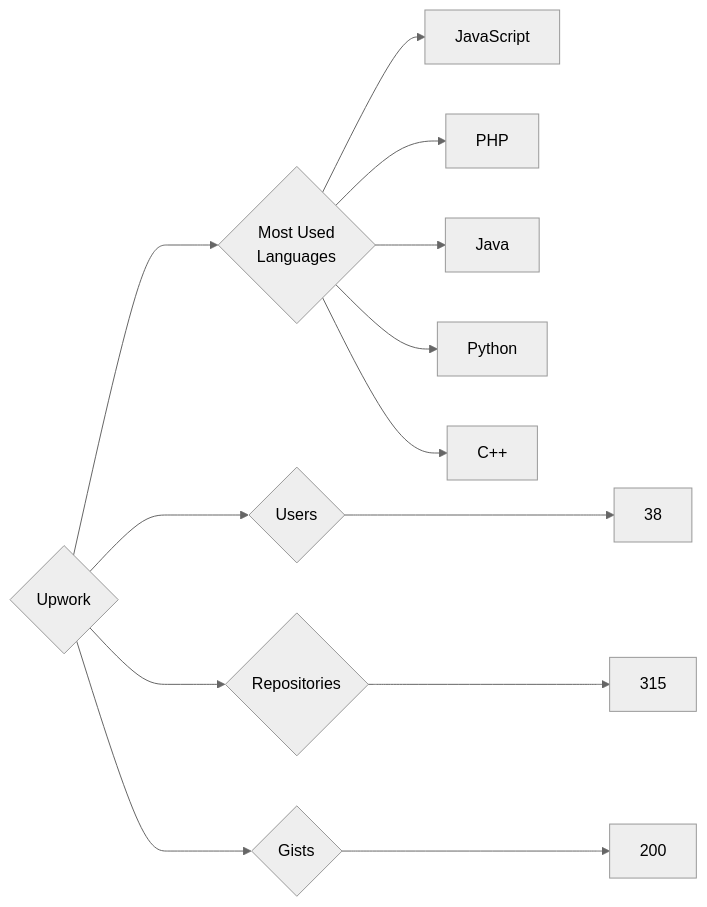
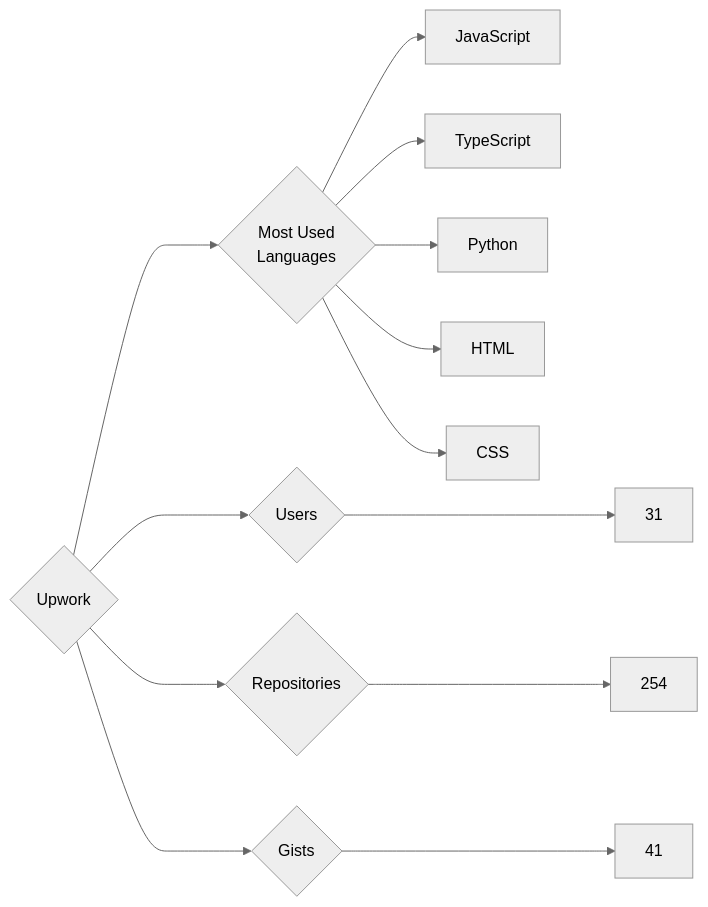
The diagram in targets/Upwork/README.md (trickest/insiders), drawn with Mermaid (neutral theme) before and after one commit. The commit also changed 973 other files, not shown here.

````diff
--- a/targets/Upwork/README.md
+++ b/targets/Upwork/README.md
@@ -3,13 +3,13 @@
 ```mermaid
 graph LR
 COMPANY_NAME{Upwork}
-COMPANY_NAME ---> U{Users} ---> UN[38]
-COMPANY_NAME ---> R{Repositories} ---> RN[315]
-COMPANY_NAME ---> G{Gists} ---> GN[200]
+COMPANY_NAME ---> U{Users} ---> UN[31]
+COMPANY_NAME ---> R{Repositories} ---> RN[254]
+COMPANY_NAME ---> G{Gists} ---> GN[41]
 COMPANY_NAME ---> ML{Most Used<br>Languages}
 ML --> JavaScript[JavaScript]
-ML --> PHP[PHP]
-ML --> Java[Java]
+ML --> TypeScript[TypeScript]
 ML --> Python[Python]
-ML --> C++[C++]
+ML --> HTML[HTML]
+ML --> CSS[CSS]
 ```
````
